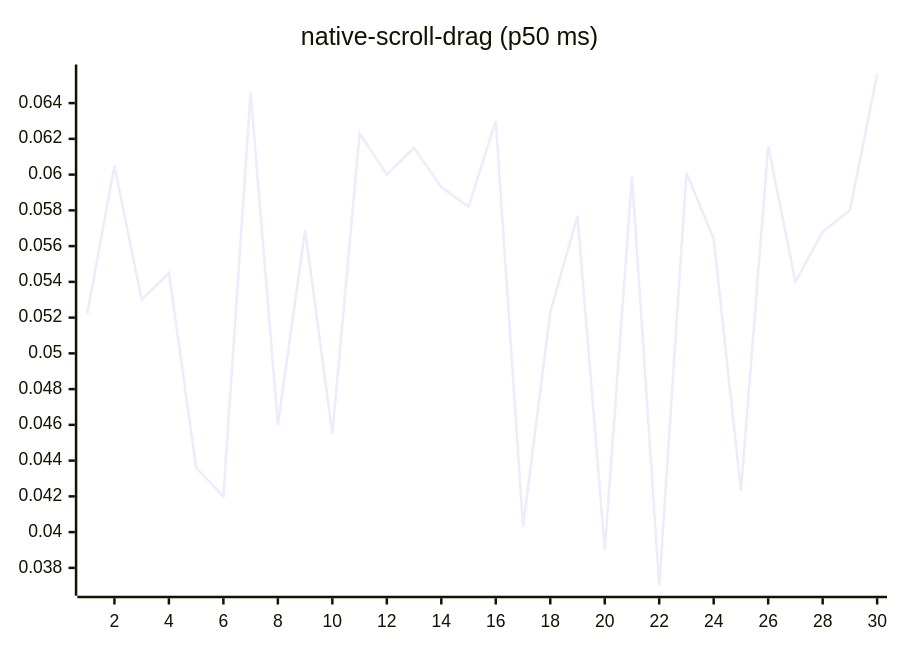
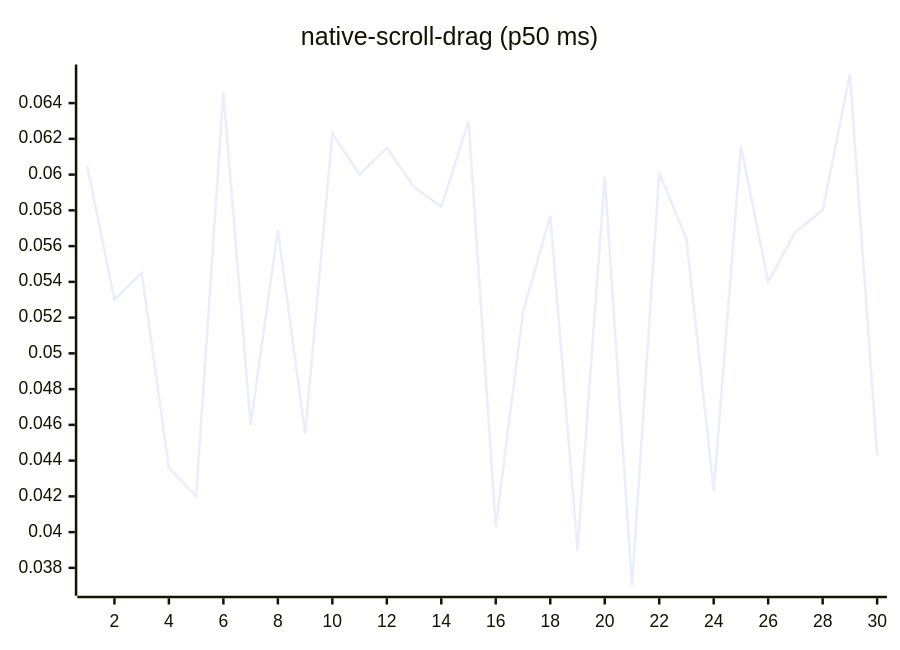
Diagram 14 of 27 in README.md (josha/Facet), drawn with Mermaid before and after one commit. The commit also changed other lines of this file and 2 other files, not shown here.

````diff
--- a/README.md
+++ b/README.md
@@ -154,6 +154,6 @@
 ```mermaid
 xychart-beta
     title "native-scroll-drag (p50 ms)"
     x-axis 1 --> 30
-    line [0.0522, 0.0605, 0.0530, 0.0545, 0.0436, 0.0420, 0.0646, 0.0460, 0.0569, 0.0455, 0.0623, 0.0600, 0.0615, 0.0593, 0.0582, 0.0630, 0.0403, 0.0523, 0.0577, 0.0390, 0.0599, 0.0370, 0.0601, 0.0564, 0.0423, 0.0616, 0.0540, 0.0568, 0.0580, 0.0656]
+    line [0.0605, 0.0530, 0.0545, 0.0436, 0.0420, 0.0646, 0.0460, 0.0569, 0.0455, 0.0623, 0.0600, 0.0615, 0.0593, 0.0582, 0.0630, 0.0403, 0.0523, 0.0577, 0.0390, 0.0599, 0.0370, 0.0601, 0.0564, 0.0423, 0.0616, 0.0540, 0.0568, 0.0580, 0.0656, 0.0443]
 ```
````
